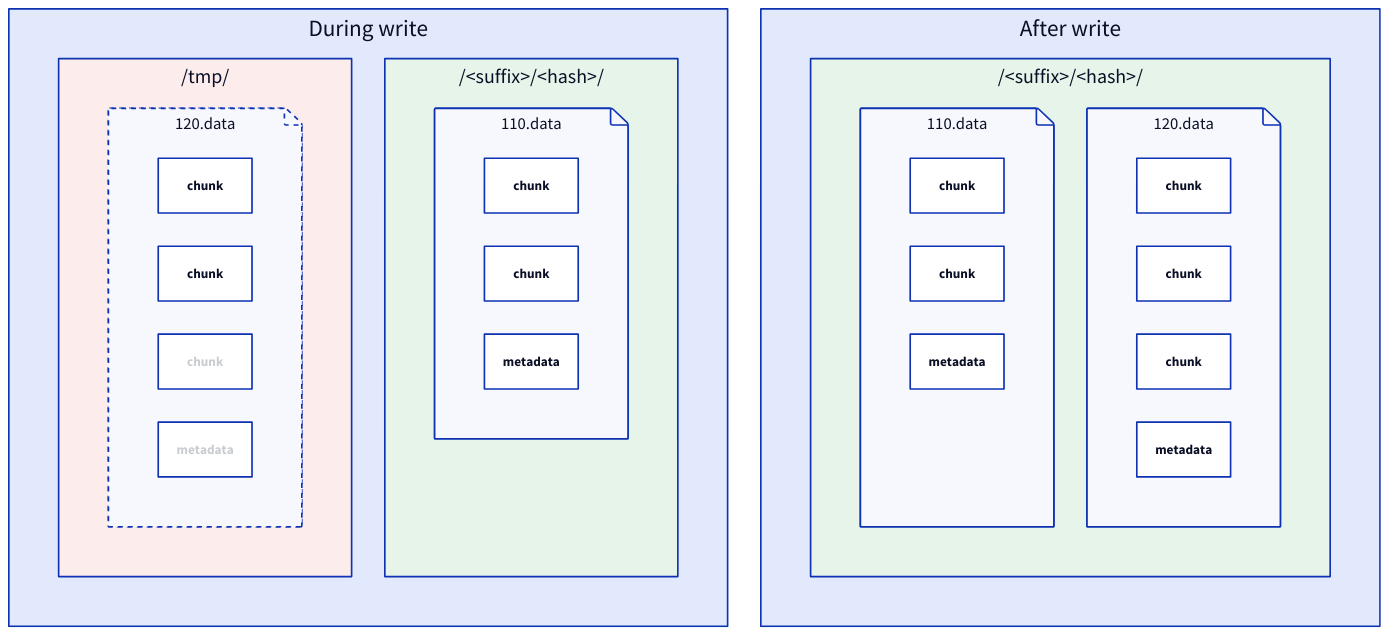
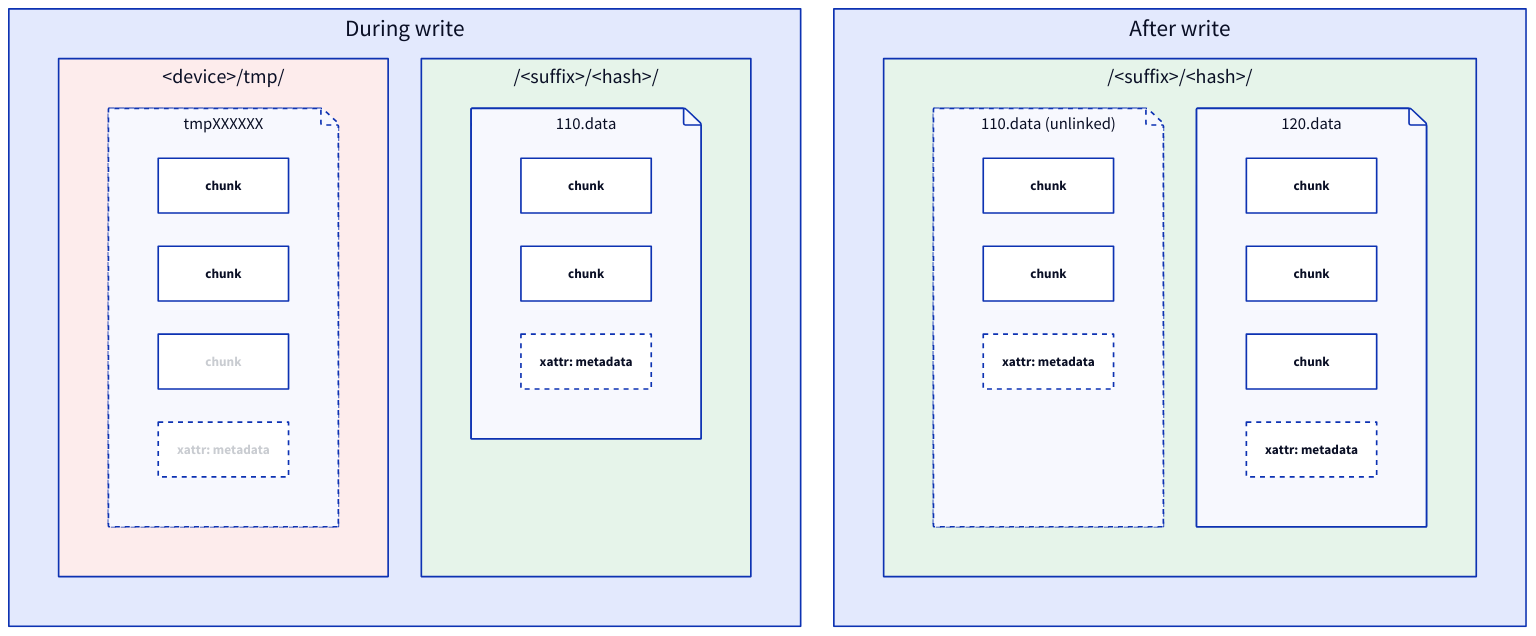
The diagram in presentations/object-server/graphs/slide09.d2 (davidsaOpenu/swiftacular), drawn with D2 before and after one commit. The commit also changed 13 other files, not shown here.

```diff
--- a/presentations/object-server/graphs/slide09.d2
+++ b/presentations/object-server/graphs/slide09.d2
@@ -1,56 +1,57 @@
 direction: right
 grid-rows: 1
 
 before: "During write" {
   grid-rows: 1
 
-  tmp: "/tmp/" {
+  tmp: "<device>/tmp/" {
     style.fill: "#fdecec"
     grid-rows: 1
-    f: "120.data" {
+    f: "tmpXXXXXX" {
       grid-rows: 4
       shape: page
       style.stroke-dash: 3
       c1: "chunk"
       c2: "chunk"
       c3: "chunk" {style.font-color: "#c9ccd1"}
-      m: "metadata" {style.font-color: "#c9ccd1"}
+      m: "xattr: metadata" {style.font-color: "#c9ccd1"; style.stroke-dash: 3}
     }
   }
   hash: "/<suffix>/<hash>/" {
     grid-rows: 1
     style.fill: "#e6f4ea"
     a: "110.data" {
       grid-rows: 3
       shape: page
       c1: "chunk"
       c2: "chunk"
-      m: "metadata"
+      m: "xattr: metadata" {style.stroke-dash: 3}
     }
   }
 }
 
 after: "After write" {
   grid-rows: 1
 
   hash: "/<suffix>/<hash>/" {
     grid-rows: 1
 
     style.fill: "#e6f4ea"
-    a: "110.data" {
+    a: "110.data (unlinked)" {
       grid-rows: 3
       shape: page
+      style.stroke-dash: 3
       c1: "chunk"
       c2: "chunk"
-      m: "metadata"
+      m: "xattr: metadata" {style.stroke-dash: 3}
     }
     b: "120.data" {
       grid-rows: 4
       shape: page
       c1: "chunk"
       c2: "chunk"
       c3: "chunk"
-      m: "metadata"
+      m: "xattr: metadata" {style.stroke-dash: 3}
     }
   }
 }
```
